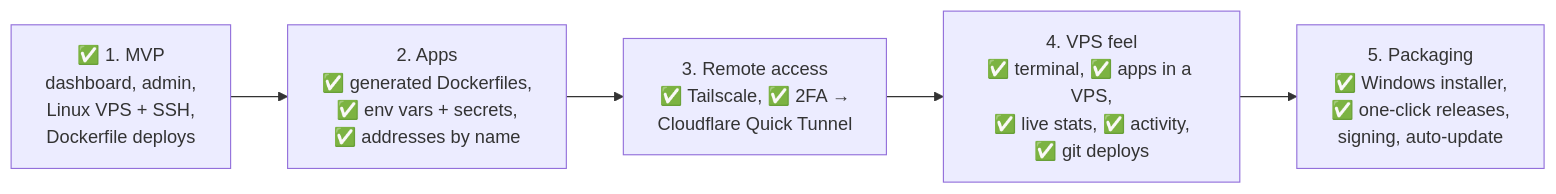
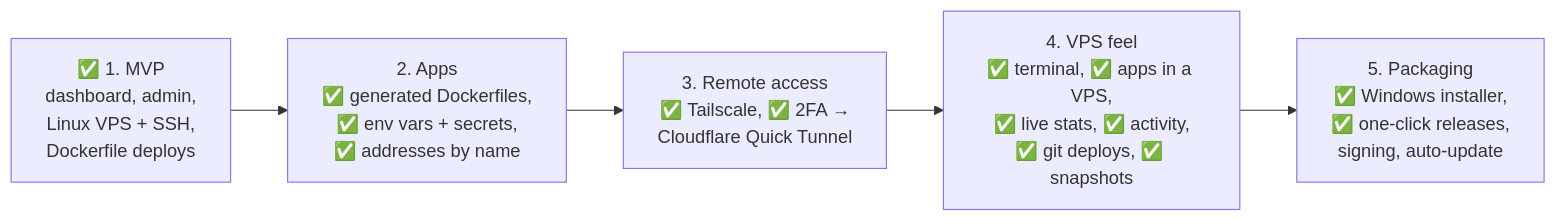
Diagram 11 of 11 in README.md (AbrarDW/lps), drawn with Mermaid before and after one commit. The commit also changed other lines of this file and 16 other files, not shown here.

First line of the commit message:
Add VPS snapshots: take, restore (with undo), copy, delete

````diff
--- a/README.md
+++ b/README.md
@@ -461,9 +470,9 @@
 ```mermaid
 flowchart LR
     m1["✅ 1. MVP<br/>dashboard, admin,<br/>Linux VPS + SSH,<br/>Dockerfile deploys"]
     m2["2. Apps<br/>✅ generated Dockerfiles,<br/>✅ env vars + secrets,<br/>✅ addresses by name"]
     m3["3. Remote access<br/>✅ Tailscale, ✅ 2FA →<br/>Cloudflare Quick Tunnel"]
-    m4["4. VPS feel<br/>✅ terminal, ✅ apps in a VPS,<br/>✅ live stats, ✅ activity,<br/>✅ git deploys"]
+    m4["4. VPS feel<br/>✅ terminal, ✅ apps in a VPS,<br/>✅ live stats, ✅ activity,<br/>✅ git deploys, ✅ snapshots"]
     m5["5. Packaging<br/>✅ Windows installer,<br/>✅ one-click releases,<br/>signing, auto-update"]
     m1 --> m2 --> m3 --> m4 --> m5
 ```
````
